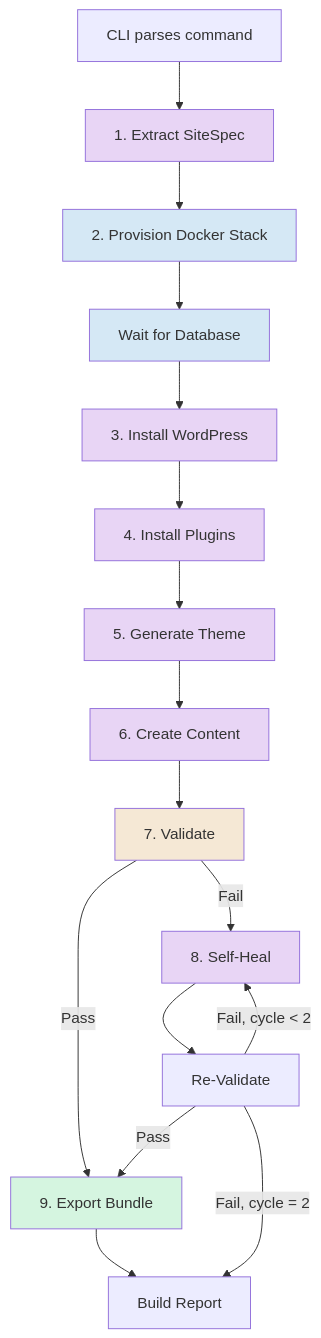
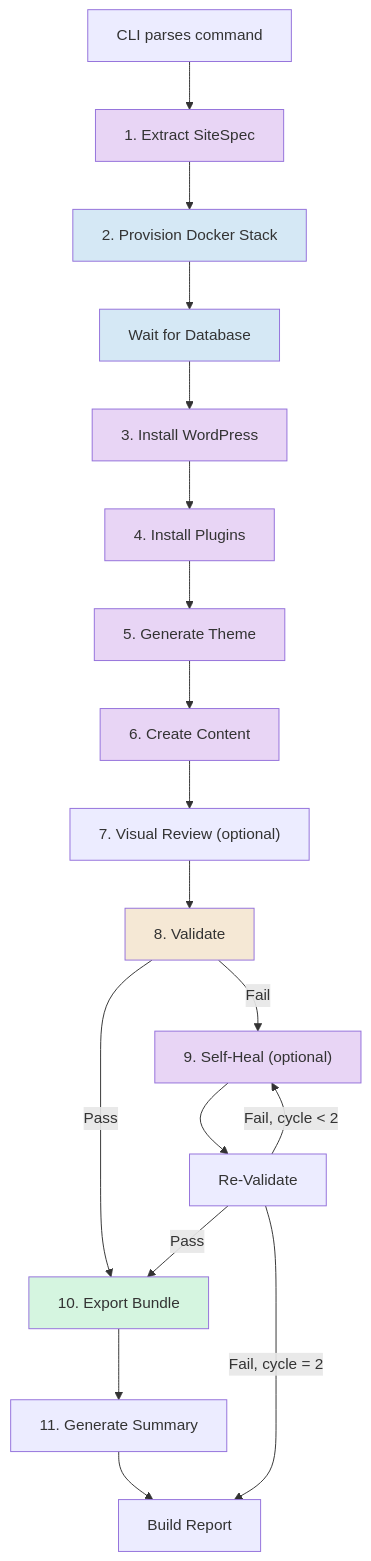
Before and after one commit to finger-gun/linopress: the first of 15 diagrams in docs/build-process.md, drawn with Mermaid. The commit also changed other lines of this file and 3 other files, not shown here.

````diff
--- a/docs/build-process.md
+++ b/docs/build-process.md
@@ -18,29 +18,31 @@
 ```mermaid
 flowchart TD
     CLI["CLI parses command"] --> EXTRACT["1. Extract SiteSpec"]
     EXTRACT --> PROVISION["2. Provision Docker Stack"]
     PROVISION --> DBWAIT["Wait for Database"]
     DBWAIT --> INSTALL["3. Install WordPress"]
     INSTALL --> PLUGINS["4. Install Plugins"]
     PLUGINS --> THEME["5. Generate Theme"]
     THEME --> CONTENT["6. Create Content"]
-    CONTENT --> VALIDATE["7. Validate"]
-    VALIDATE -->|Pass| EXPORT["9. Export Bundle"]
-    VALIDATE -->|Fail| HEAL["8. Self-Heal"]
+    CONTENT --> REVIEW["7. Visual Review (optional)"]
+    REVIEW --> VALIDATE["8. Validate"]
+    VALIDATE -->|Pass| EXPORT["10. Export Bundle"]
+    VALIDATE -->|Fail| HEAL["9. Self-Heal (optional)"]
     HEAL --> VALIDATE2["Re-Validate"]
     VALIDATE2 -->|Pass| EXPORT
     VALIDATE2 -->|Fail, cycle < 2| HEAL
     VALIDATE2 -->|Fail, cycle = 2| REPORT["Build Report"]
-    EXPORT --> REPORT
+    EXPORT --> SUMMARY["11. Generate Summary"]
+    SUMMARY --> REPORT
 
     style EXTRACT fill:#e8d5f5
     style INSTALL fill:#e8d5f5
     style PLUGINS fill:#e8d5f5
     style THEME fill:#e8d5f5
     style CONTENT fill:#e8d5f5
     style HEAL fill:#e8d5f5
     style PROVISION fill:#d5e8f5
     style DBWAIT fill:#d5e8f5
     style VALIDATE fill:#f5e8d5
     style EXPORT fill:#d5f5e0
 ```
````
